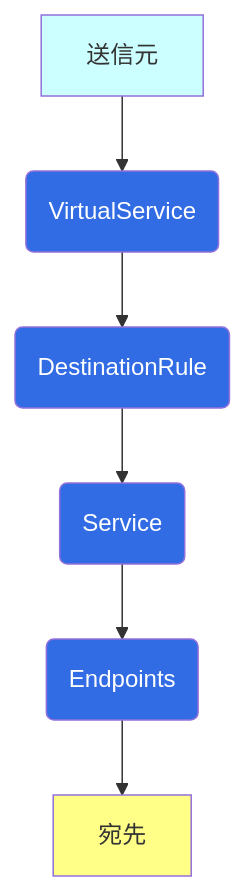
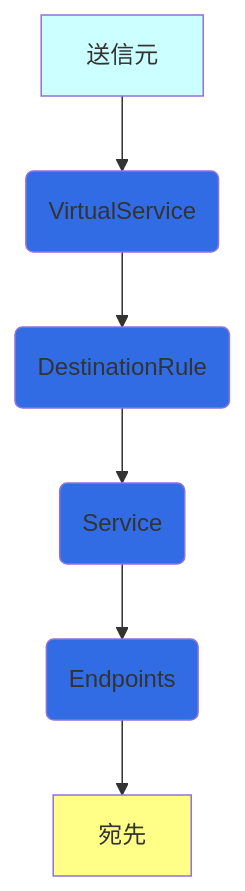
One commit to hiroki-it/hatenablog changed the second of 4 diagrams in dist/draft/【Istio⛵️】IstioによるEnvoyの抽象化.md. Above: the diagram before and after it, drawn with Mermaid. The commit also changed other lines of this file, not shown here.

````diff
--- a/dist/draft/【Istio⛵️】IstioによるEnvoyの抽象化.md
+++ b/dist/draft/【Istio⛵️】IstioによるEnvoyの抽象化.md
@@ -103,17 +103,17 @@
 ```mermaid
 flowchart TD
     送信元 --> VirtualService
-    VirtualService(<font color=white>VirtualService) --> DestinationRule
-    DestinationRule(<font color=white>DestinationRule) --> Service
-    Service(<font color=white>Service) --> Endpoints
-    Endpoints(<font color=white>Endpoints) --> 宛先
+    VirtualService(VirtualService) --> DestinationRule
+    DestinationRule(DestinationRule) --> Service
+    Service(Service) --> Endpoints
+    Endpoints(Endpoints) --> 宛先
 
     classDef sly fill :#CCFFFF;
     class 送信元 sly
 
     classDef yellow fill :#FFFF88;
     class 宛先 yellow
 
-    classDef blue fill :#326CE5;
+    classDef blue fill :#326CE5, font-color: white;
     class VirtualService,DestinationRule,Service,Endpoints blue
 ```
````
